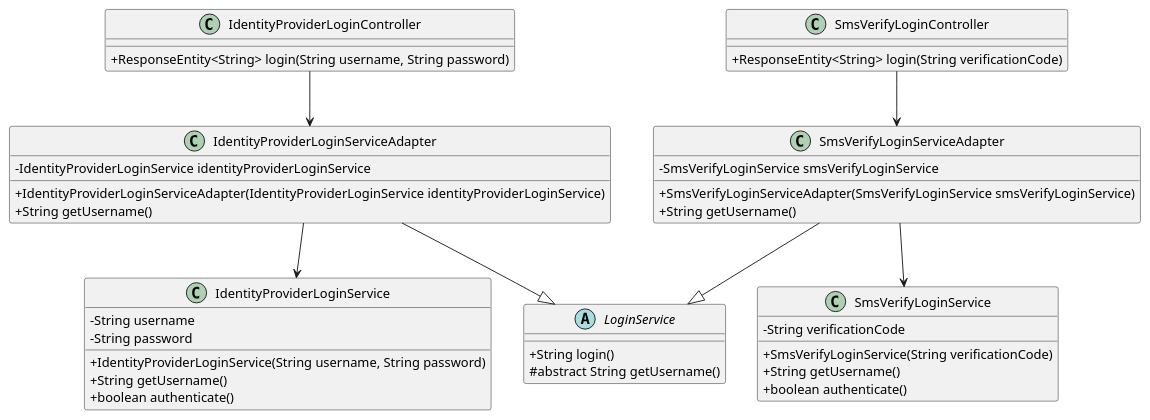
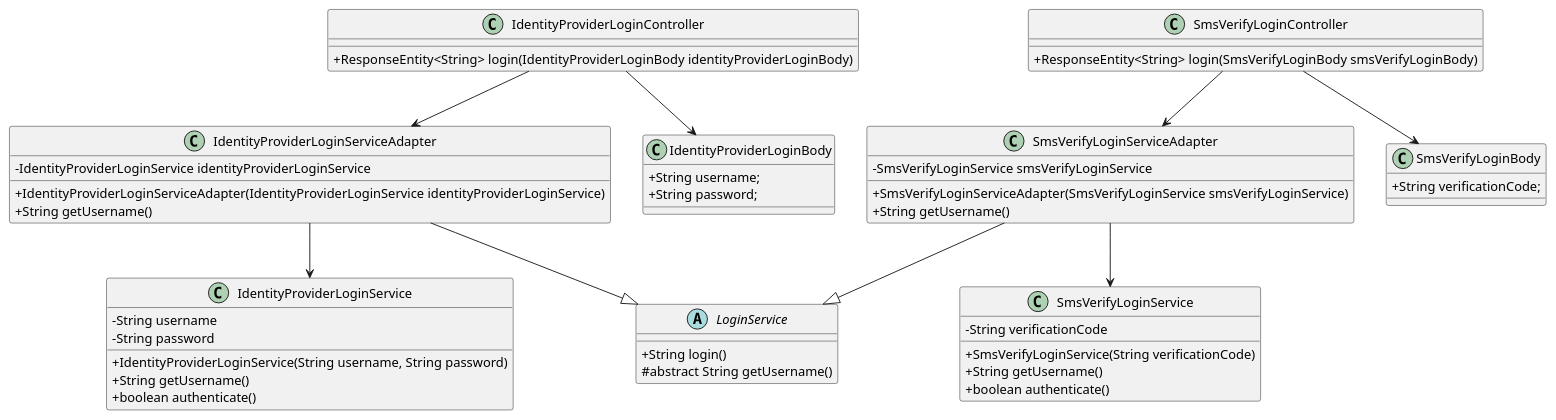
The diagram in Pressure_cooker/Rens/class_diagram.puml (AIM-ENE-feb25/triptop-groep-b4), drawn with PlantUML before and after one commit. The commit also changed 2 other files, not shown here.

Commit message:
Update class diagram

```diff
--- a/Pressure_cooker/Rens/class_diagram.puml
+++ b/Pressure_cooker/Rens/class_diagram.puml
@@ -1,53 +1,64 @@
 @startuml Adapter Pattern Class Diagram
 
 skinparam classAttributeIconSize 0
 
 class IdentityProviderLoginController {
-    +ResponseEntity<String> login(String username, String password)
+    +ResponseEntity<String> login(IdentityProviderLoginBody identityProviderLoginBody)
 }
 
 class SmsVerifyLoginController {
-    +ResponseEntity<String> login(String verificationCode)
+    +ResponseEntity<String> login(SmsVerifyLoginBody smsVerifyLoginBody)
 }
 
 abstract class LoginService {
     +String login()
     #abstract String getUsername()
 }
 
 class IdentityProviderLoginService {
     -String username
     -String password
     +IdentityProviderLoginService(String username, String password)
     +String getUsername()
     +boolean authenticate()
 }
 
 class IdentityProviderLoginServiceAdapter {
     -IdentityProviderLoginService identityProviderLoginService
     +IdentityProviderLoginServiceAdapter(IdentityProviderLoginService identityProviderLoginService)
     +String getUsername()
 }
 
 class SmsVerifyLoginService {
     -String verificationCode
     +SmsVerifyLoginService(String verificationCode)
     +String getUsername()
     +boolean authenticate()
 }
 
 class SmsVerifyLoginServiceAdapter {
     -SmsVerifyLoginService smsVerifyLoginService
     +SmsVerifyLoginServiceAdapter(SmsVerifyLoginService smsVerifyLoginService)
     +String getUsername()
 }
 
+class IdentityProviderLoginBody {
+    +String username;
+    +String password;
+}
+
+class SmsVerifyLoginBody {
+    +String verificationCode;
+}
+
 IdentityProviderLoginController --> IdentityProviderLoginServiceAdapter
+IdentityProviderLoginController --> IdentityProviderLoginBody
 IdentityProviderLoginServiceAdapter --|> LoginService
 IdentityProviderLoginServiceAdapter --> IdentityProviderLoginService
 
 SmsVerifyLoginController --> SmsVerifyLoginServiceAdapter
+SmsVerifyLoginController --> SmsVerifyLoginBody
 SmsVerifyLoginServiceAdapter --|> LoginService
 SmsVerifyLoginServiceAdapter --> SmsVerifyLoginService
 
 @enduml
```
